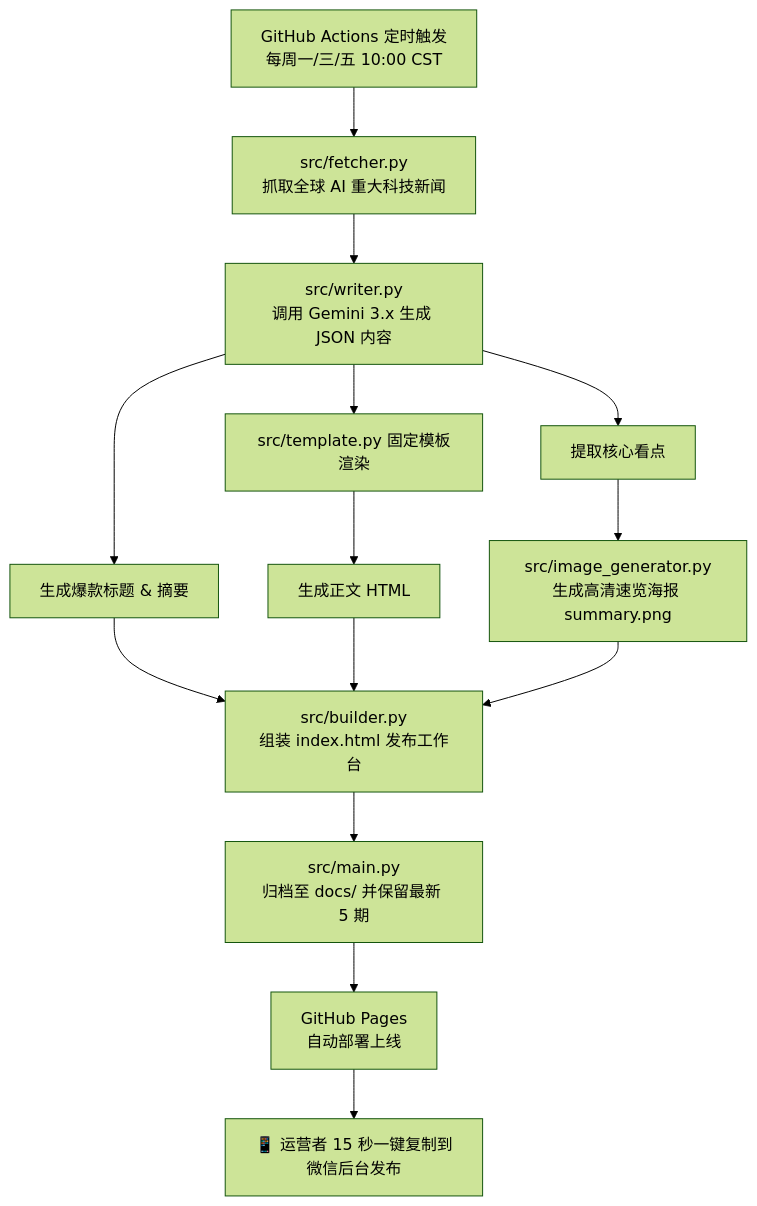
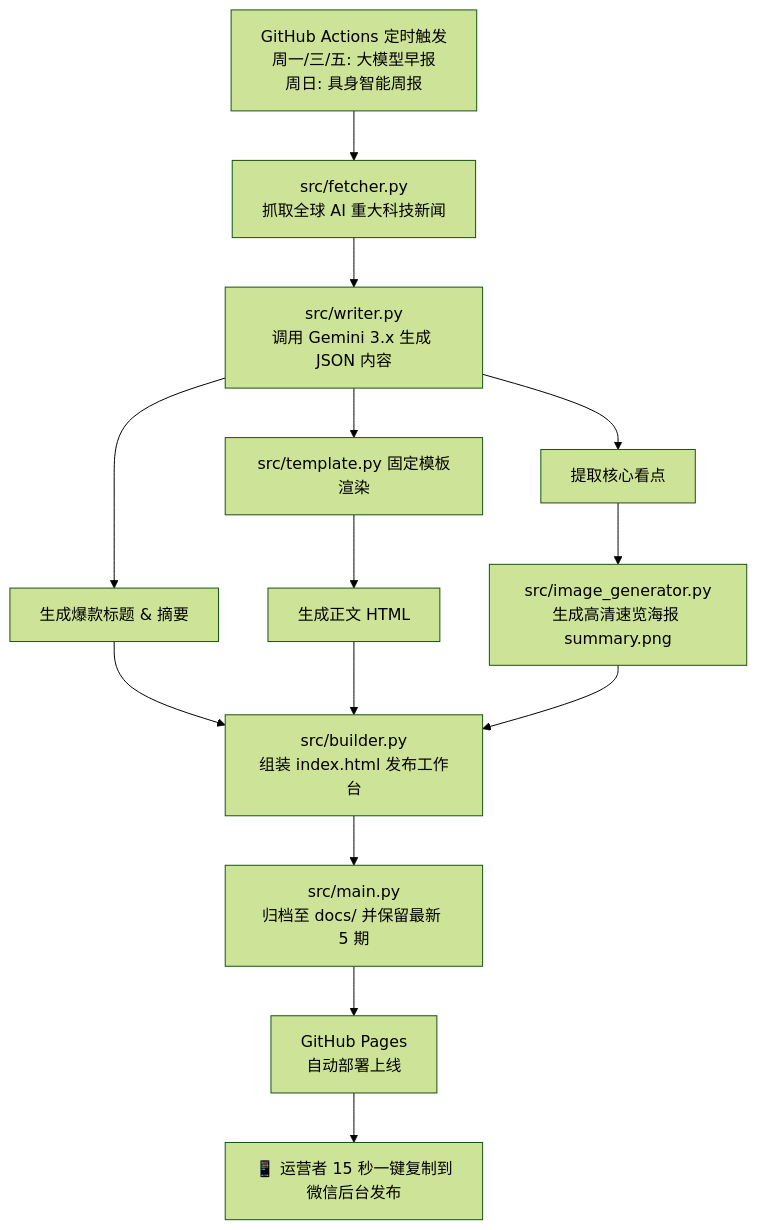
One commit to jeffei/wechat-ai-daily changed the diagram in README.md. Above: the diagram before and after it, drawn with Mermaid (forest theme). The commit also changed other lines of this file and 7 other files, not shown here.

````diff
--- a/README.md
+++ b/README.md
@@ -22,14 +28,14 @@
 ```mermaid
 flowchart TD
-    A[GitHub Actions 定时触发<br/>每周一/三/五 10:00 CST] --> B[src/fetcher.py<br/>抓取全球 AI 重大科技新闻]
+    A[GitHub Actions 定时触发<br/>周一/三/五: 大模型早报<br/>周日: 具身智能周报] --> B[src/fetcher.py<br/>抓取全球 AI 重大科技新闻]
     B --> C[src/writer.py<br/>调用 Gemini 3.x 生成 JSON 内容]
     C --> D1[生成爆款标题 & 摘要]
     C --> T[src/template.py 固定模板渲染]
     T --> D2[生成正文 HTML]
     C --> D3[提取核心看点]
     D3 --> E[src/image_generator.py<br/>生成高清速览海报 summary.png]
     D1 & D2 & E --> F[src/builder.py<br/>组装 index.html 发布工作台]
     F --> G[src/main.py<br/>归档至 docs/ 并保留最新 5 期]
     G --> H[GitHub Pages<br/>自动部署上线]
     H --> I[📱 运营者 15 秒一键复制到微信后台发布]
 ```
````
